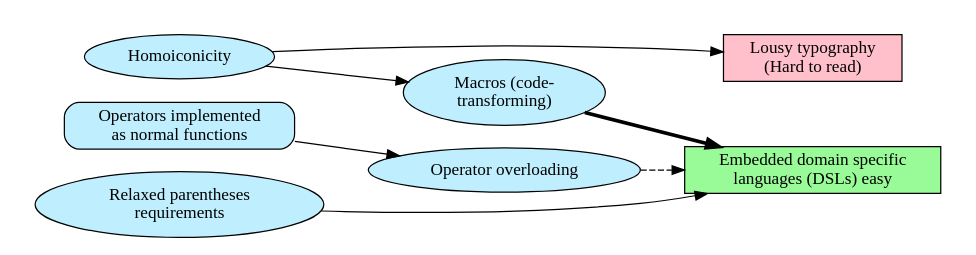
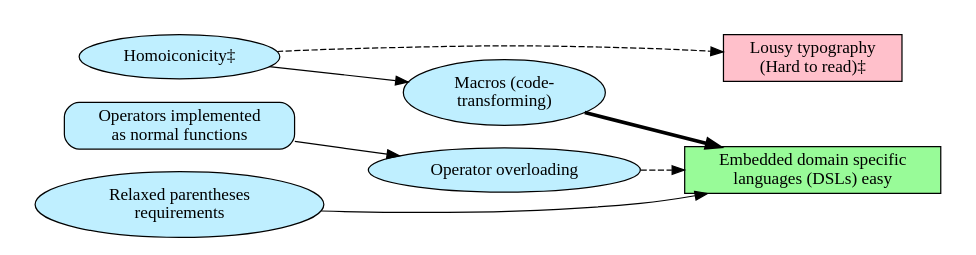
Before and after one commit to davidfstr/dafoster.net: the diagram in _posts_support/2013-02-20-visual-guide-to-programming-language-properties/dsl_support.dot, drawn with Graphviz. The commit also changed 1 other file, not shown here.

Commit message:
Mention Prolog as the only known example of a homoiconic language other than Lisp.

```diff
--- a/_posts_support/2013-02-20-visual-guide-to-programming-language-properties/dsl_support.dot
+++ b/_posts_support/2013-02-20-visual-guide-to-programming-language-properties/dsl_support.dot
@@ -1,45 +1,45 @@
 /*
  * [] Languages: L_HASKELL, L_JAVA, L_CPP, L_OBJC, L_PYTHON, L_RUBY, L_LISP
  */
 
 digraph "Language Properties" {
     graph [rankdir = LR]                                // layout algorithm
     graph [fontname="ArialRoundedMTBold", fontsize=16]  // header font
     graph [dpi=72]
     graph [margin=-.2, color=white]                     // trim edges
     node [style=filled, fillcolor=white]                // nodes default to filled
     
     /* Edges */
     
     subgraph "cluster-3" {
         //label="Domain Specific Language Support"
         
         // Labels & Styles
-        Homoiconic          [label="Homoiconicity", fillcolor=lightblue1]                           // L_LISP
+        Homoiconic          [label="Homoiconicity‡", fillcolor=lightblue1]                          // L_LISP
         Macros              [label="Macros (code-\ntransforming)", fillcolor=lightblue1]            // L_LISP
         EmbeddedDSLs        [label="Embedded domain specific\n languages (DSLs) easy",
             fillcolor=palegreen, shape=box]                                                         // L_LISP,           L_RUBY
-        BadTypography       [label="Lousy typography\n (Hard to read)",
+        BadTypography       [label="Lousy typography\n (Hard to read)‡",
             fillcolor=pink, shape=box]                                                              // L_LISP
         OperatorsAsMethods  [label="Operators implemented\n as normal functions",
             fillcolor=lightblue1, shape=Mrecord]                                                    // L_LISP, L_PYTHON
         OperatorOverloading [label="Operator overloading", fillcolor=lightblue1]                    // L_LISP, L_PYTHON,         L_CPP
         RelaxedParens       [label="Relaxed parentheses\n requirements", fillcolor=lightblue1]      //                   L_RUBY
         
         // Nodes & Edges
-        Homoiconic -> BadTypography
+        Homoiconic -> BadTypography [style=dashed]
         Homoiconic -> Macros
                       Macros                      -> EmbeddedDSLs [penwidth=3]
         OperatorsAsMethods -> OperatorOverloading
                               OperatorOverloading -> EmbeddedDSLs [style=dashed]
         RelaxedParens                             -> EmbeddedDSLs
         
         subgraph { rank=source
             Homoiconic OperatorsAsMethods RelaxedParens
         }
         
         subgraph { rank=sink
             EmbeddedDSLs BadTypography
         }
     }
 }
```
